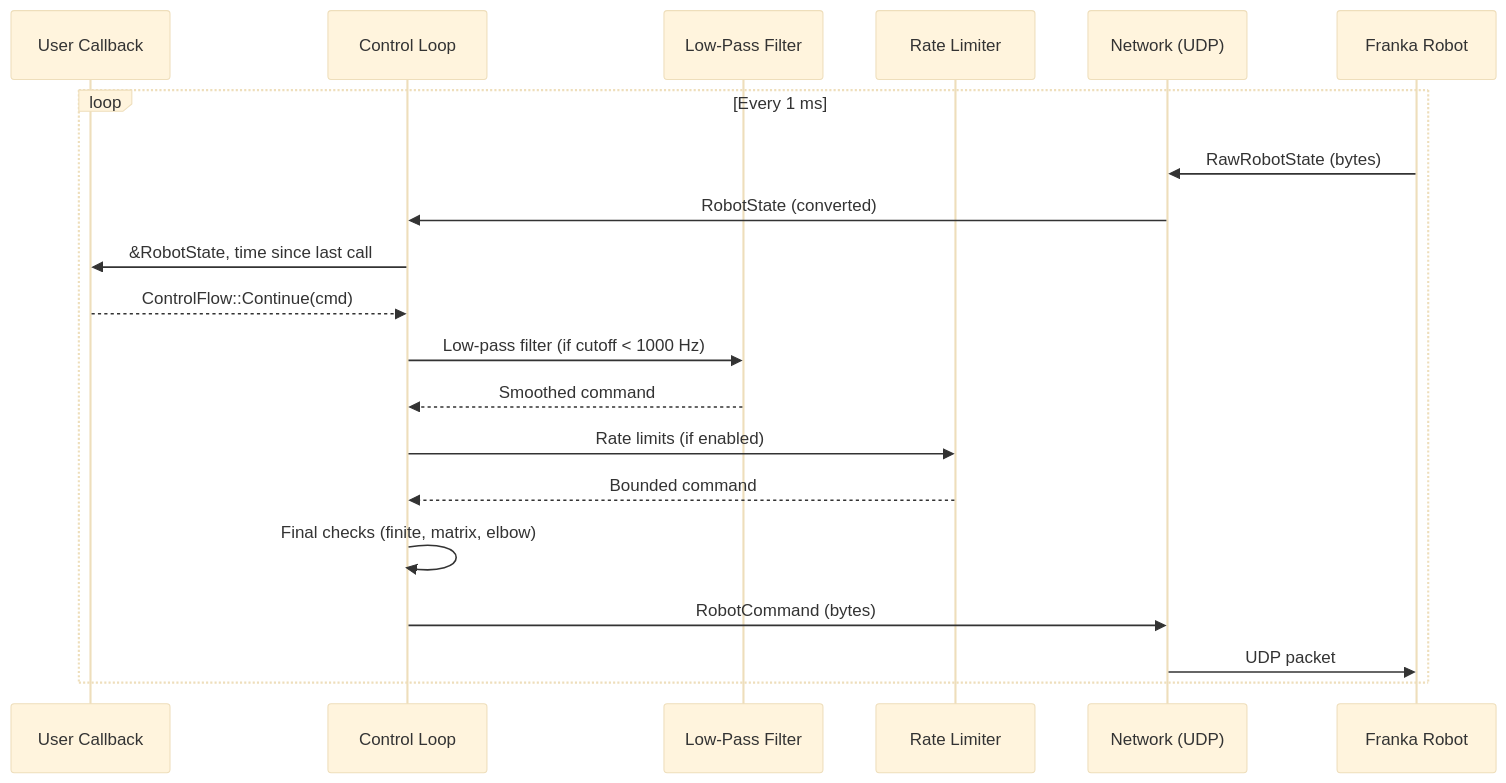
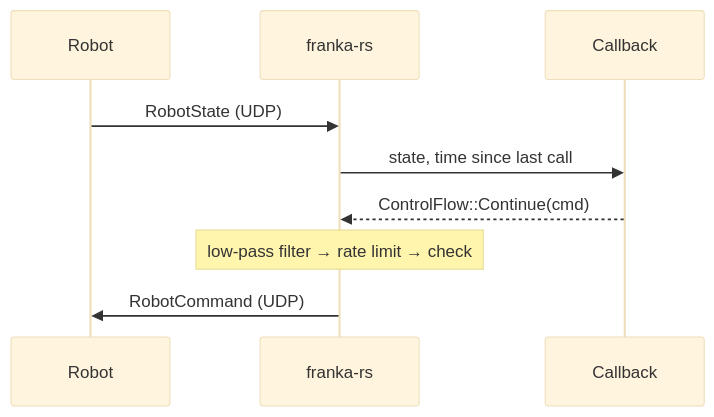
Before and after one commit to ColeTen/franka-rs: the second of 2 diagrams in docs/src/architecture.md, drawn with Mermaid (base theme). The commit also changed other lines of this file and 28 other files, not shown here.

````diff
--- a/docs/src/architecture.md
+++ b/docs/src/architecture.md
@@ -97,23 +37,11 @@
 ```mermaid
 sequenceDiagram
-    participant User as User Callback
-    participant CL as Control Loop
-    participant LP as Low-Pass Filter
-    participant RL as Rate Limiter
-    participant Net as Network (UDP)
-    participant Robot as Franka Robot
-
-    loop Every 1 ms
-        Robot->>Net: RawRobotState (bytes)
-        Net->>CL: RobotState (converted)
-        CL->>User: &RobotState, time since last call
-        User-->>CL: ControlFlow::Continue(cmd)
-        CL->>LP: Low-pass filter (if cutoff < 1000 Hz)
-        LP-->>CL: Smoothed command
-        CL->>RL: Rate limits (if enabled)
-        RL-->>CL: Bounded command
-        CL->>CL: Final checks (finite, matrix, elbow)
-        CL->>Net: RobotCommand (bytes)
-        Net->>Robot: UDP packet
-    end
+    participant R as Robot
+    participant F as franka-rs
+    participant U as Callback
+    R->>F: RobotState (UDP)
+    F->>U: state, time since last call
+    U-->>F: ControlFlow::Continue(cmd)
+    Note over F: low-pass filter → rate limit → check
+    F->>R: RobotCommand (UDP)
 ```
````
